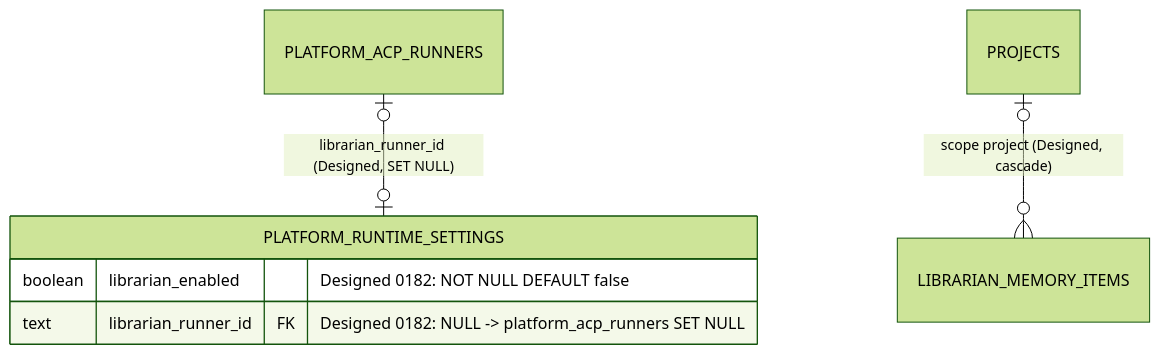
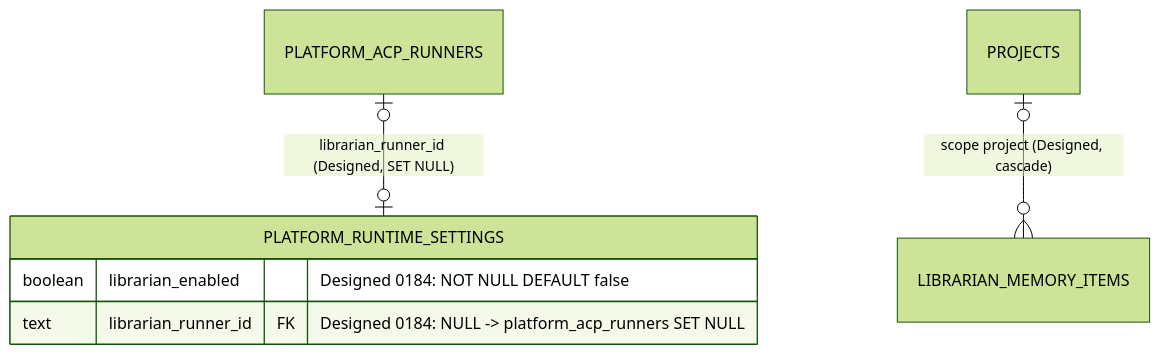
One commit to maister-dev/maister changed the third of 3 diagrams in docs/db/projects-domain.md. Above: the diagram before and after it, drawn with Mermaid (forest theme). The commit also changed other lines of this file and 171 other files, not shown here.

````diff
--- a/docs/db/projects-domain.md
+++ b/docs/db/projects-domain.md
@@ -214,10 +214,10 @@
 ```mermaid
 erDiagram
     PLATFORM_ACP_RUNNERS |o--o| PLATFORM_RUNTIME_SETTINGS : "librarian_runner_id (Designed, SET NULL)"
     PROJECTS |o--o{ LIBRARIAN_MEMORY_ITEMS : "scope project (Designed, cascade)"
 
     PLATFORM_RUNTIME_SETTINGS {
-        boolean librarian_enabled "Designed 0182: NOT NULL DEFAULT false"
-        text librarian_runner_id FK "Designed 0182: NULL -> platform_acp_runners SET NULL"
+        boolean librarian_enabled "Designed 0184: NOT NULL DEFAULT false"
+        text librarian_runner_id FK "Designed 0184: NULL -> platform_acp_runners SET NULL"
     }
 ```
````
